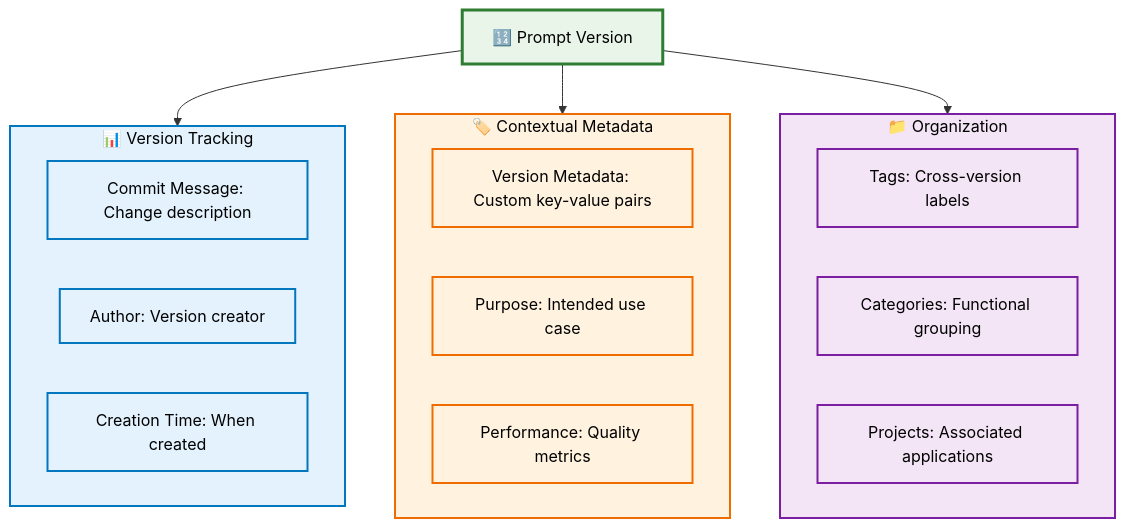
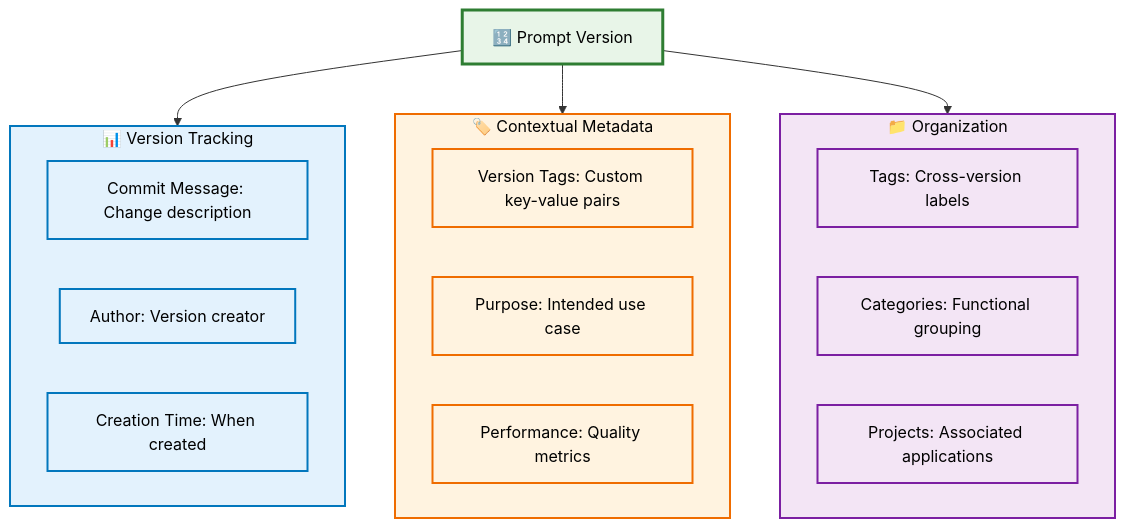
One commit to mlflow/mlflow changed the third of 6 diagrams in docs/docs/genai/data-model/prompts.mdx. Above: the diagram before and after it, drawn with Mermaid. The commit also changed other lines of this file and 1 other file, not shown here.

````diff
--- a/docs/docs/genai/data-model/prompts.mdx
+++ b/docs/docs/genai/data-model/prompts.mdx
@@ -135,36 +135,36 @@
 ```mermaid
 graph TB
     VERSION[🔢 Prompt Version]
 
     subgraph TRACKING[📊 Version Tracking]
         COMMIT_MSG[Commit Message: Change description]
         AUTHOR[Author: Version creator]
         TIMESTAMP[Creation Time: When created]
     end
 
     subgraph CONTEXT[🏷️ Contextual Metadata]
-        VERSION_META[Version Metadata: Custom key-value pairs]
+        VERSION_TAGS[Version Tags: Custom key-value pairs]
         PURPOSE[Purpose: Intended use case]
         PERFORMANCE[Performance: Quality metrics]
     end
 
     subgraph ORGANIZATION[📁 Organization]
         TAGS[Tags: Cross-version labels]
         CATEGORIES[Categories: Functional grouping]
         PROJECTS[Projects: Associated applications]
     end
 
     VERSION --> TRACKING
     VERSION --> CONTEXT
     VERSION --> ORGANIZATION
 
     classDef versionStyle fill:#e8f5e8,stroke:#2e7d32,stroke-width:3px,color:#000
     classDef trackingStyle fill:#e3f2fd,stroke:#0277bd,stroke-width:2px,color:#000
     classDef contextStyle fill:#fff3e0,stroke:#ef6c00,stroke-width:2px,color:#000
     classDef orgStyle fill:#f3e5f5,stroke:#7b1fa2,stroke-width:2px,color:#000
 
     class VERSION versionStyle
     class TRACKING,COMMIT_MSG,AUTHOR,TIMESTAMP trackingStyle
-    class CONTEXT,VERSION_META,PURPOSE,PERFORMANCE contextStyle
+    class CONTEXT,VERSION_TAGS,PURPOSE,PERFORMANCE contextStyle
     class ORGANIZATION,TAGS,CATEGORIES,PROJECTS orgStyle
 ```
````
